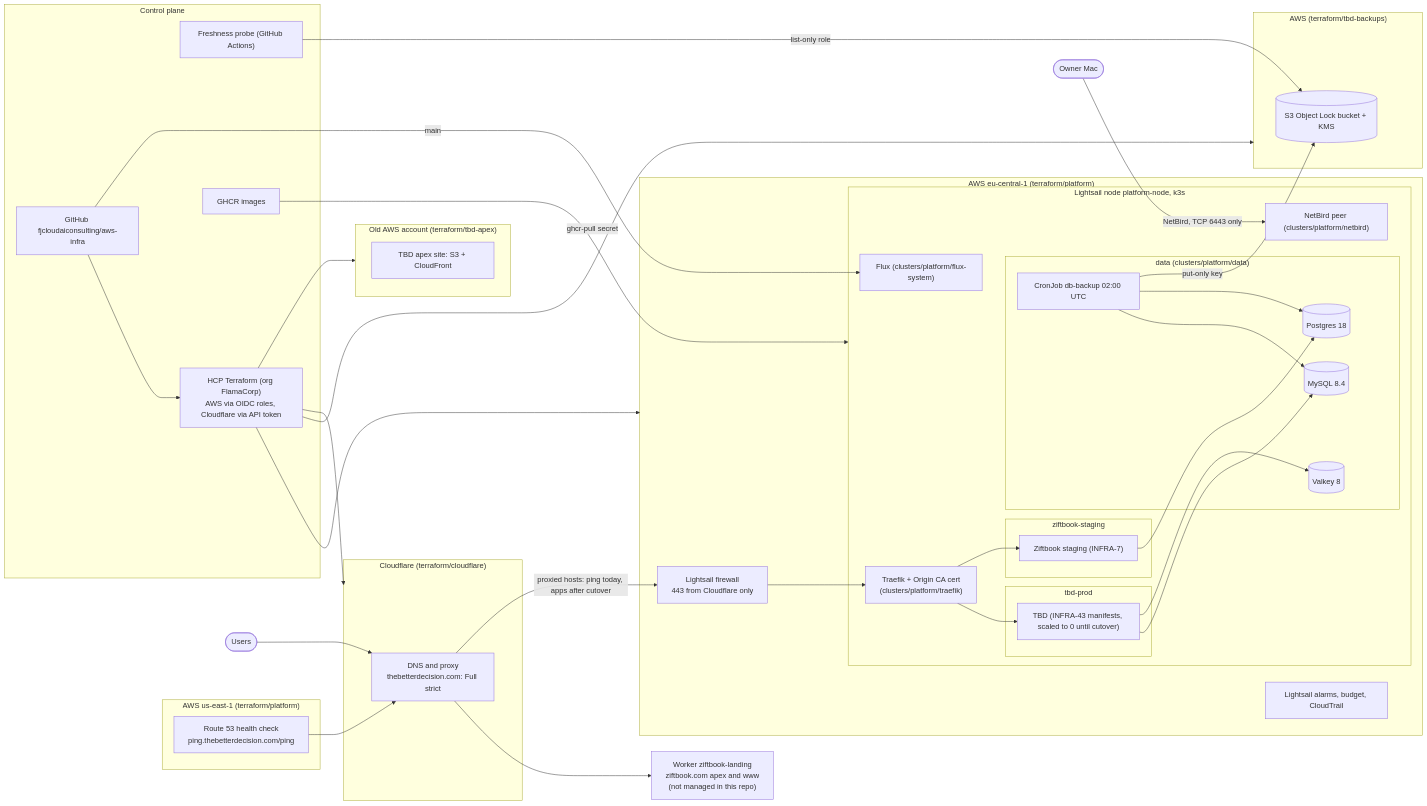
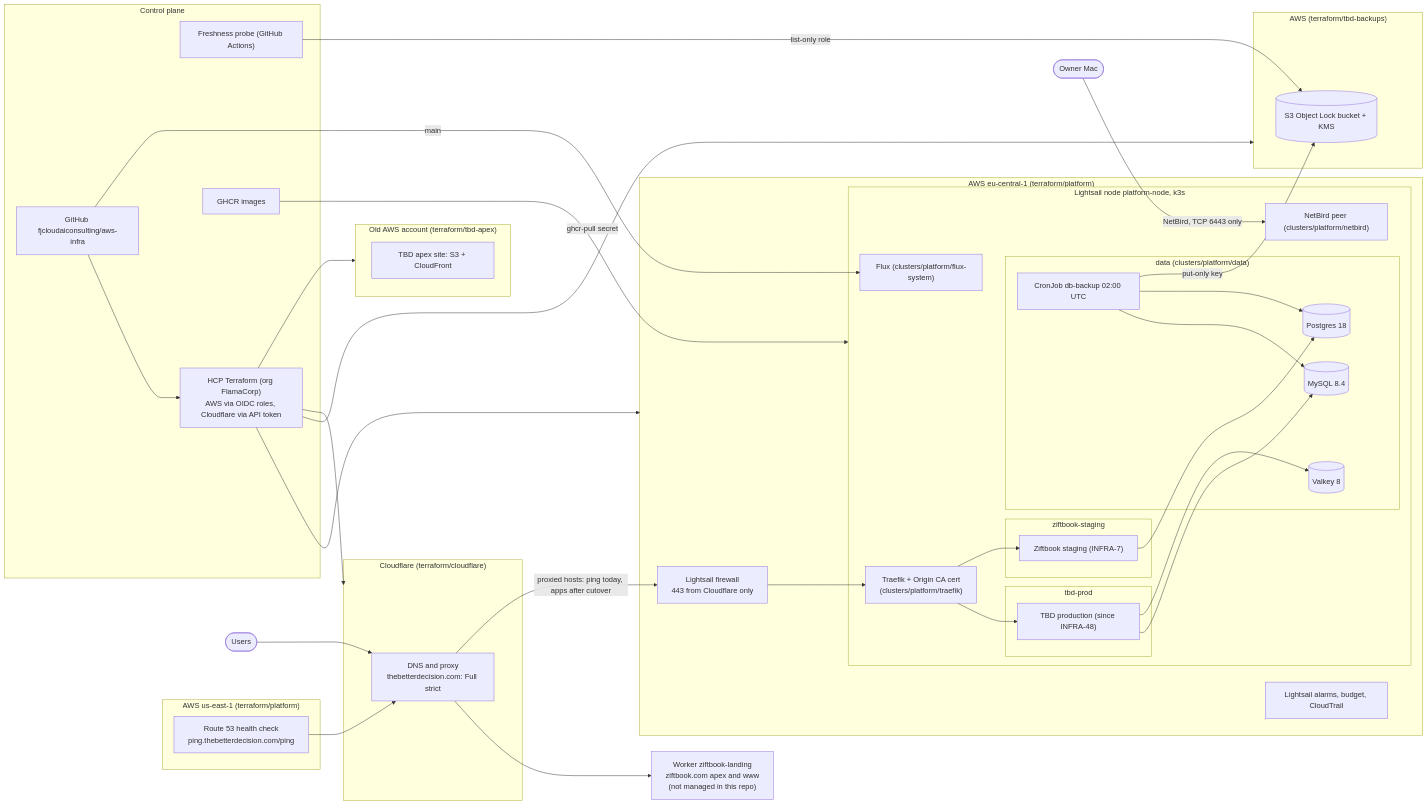
Before and after one commit to fjcloudaiconsulting/aws-infra: the diagram in docs/architecture.md, drawn with Mermaid. The commit also changed other lines of this file and 7 other files, not shown here.

First line of the commit message:
feat(clusters): tbd-prod live behind app.thebetterdecision.com, minus DNS (INFRA-48)

````diff
--- a/docs/architecture.md
+++ b/docs/architecture.md
@@ -7,63 +7,63 @@
 ```mermaid
 flowchart LR
   user([Users]) --> cf
 
   subgraph cloudflare["Cloudflare (terraform/cloudflare)"]
     cf["DNS and proxy<br/>thebetterdecision.com: Full strict"]
   end
   worker["Worker ziftbook-landing<br/>ziftbook.com apex and www<br/>(not managed in this repo)"]
   cf --> worker
 
   subgraph aws_platform["AWS eu-central-1 (terraform/platform)"]
     fw["Lightsail firewall<br/>443 from Cloudflare only"]
     subgraph node["Lightsail node platform-node, k3s"]
       traefik["Traefik + Origin CA cert<br/>(clusters/platform/traefik)"]
       subgraph ns_tbd["tbd-prod"]
-        tbdapp["TBD (INFRA-43 manifests, scaled to 0 until cutover)"]
+        tbdapp["TBD production (since INFRA-48)"]
       end
       subgraph ns_zif["ziftbook-staging"]
         zifapp["Ziftbook staging (INFRA-7)"]
       end
       subgraph ns_data["data (clusters/platform/data)"]
         mysql[("MySQL 8.4")]
         postgres[("Postgres 18")]
         valkey[("Valkey 8")]
         backup["CronJob db-backup 02:00 UTC"]
       end
       flux["Flux (clusters/platform/flux-system)"]
       netbird["NetBird peer (clusters/platform/netbird)"]
     end
     alarms["Lightsail alarms, budget, CloudTrail"]
   end
   cf -->|"proxied hosts: ping today, apps after cutover"| fw --> traefik
   traefik --> tbdapp & zifapp
   tbdapp --> mysql & valkey
   zifapp --> postgres
   backup --> mysql & postgres
 
   subgraph aws_backups["AWS (terraform/tbd-backups)"]
     bucket[("S3 Object Lock bucket + KMS")]
   end
   backup -->|"put-only key"| bucket
   probe -->|"list-only role"| bucket
 
   subgraph useast["AWS us-east-1 (terraform/platform)"]
     hc["Route 53 health check<br/>ping.thebetterdecision.com/ping"]
   end
   hc --> cf
 
   subgraph oldacct["Old AWS account (terraform/tbd-apex)"]
     apex["TBD apex site: S3 + CloudFront"]
   end
 
   subgraph control["Control plane"]
     gh["GitHub fjcloudaiconsulting/aws-infra"]
     tfc["HCP Terraform (org FlamaCorp)<br/>AWS via OIDC roles, Cloudflare via API token"]
     ghcr["GHCR images"]
     probe["Freshness probe (GitHub Actions)"]
   end
   gh --> tfc --> aws_platform & aws_backups & cloudflare & oldacct
   gh -->|"main"| flux
   ghcr -->|"ghcr-pull secret"| node
   owner([Owner Mac]) -->|"NetBird, TCP 6443 only"| netbird
 ```
````
